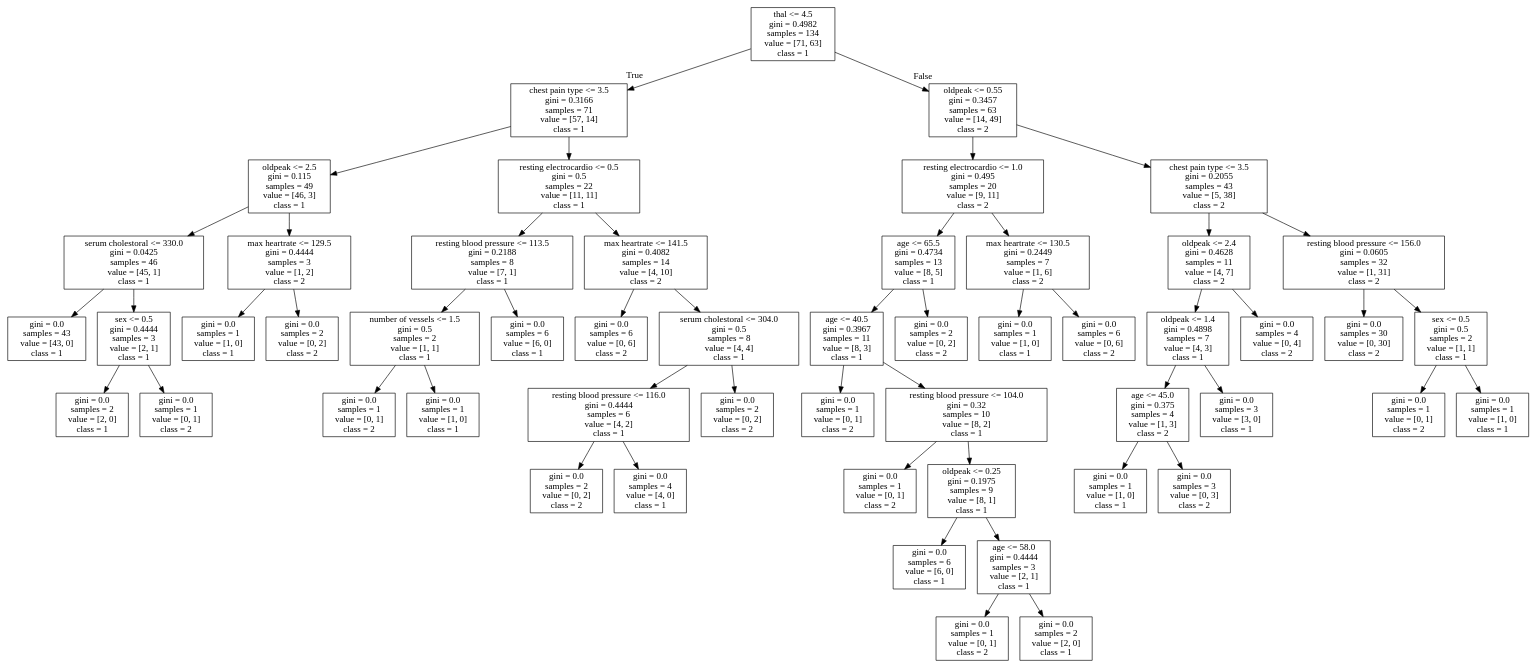
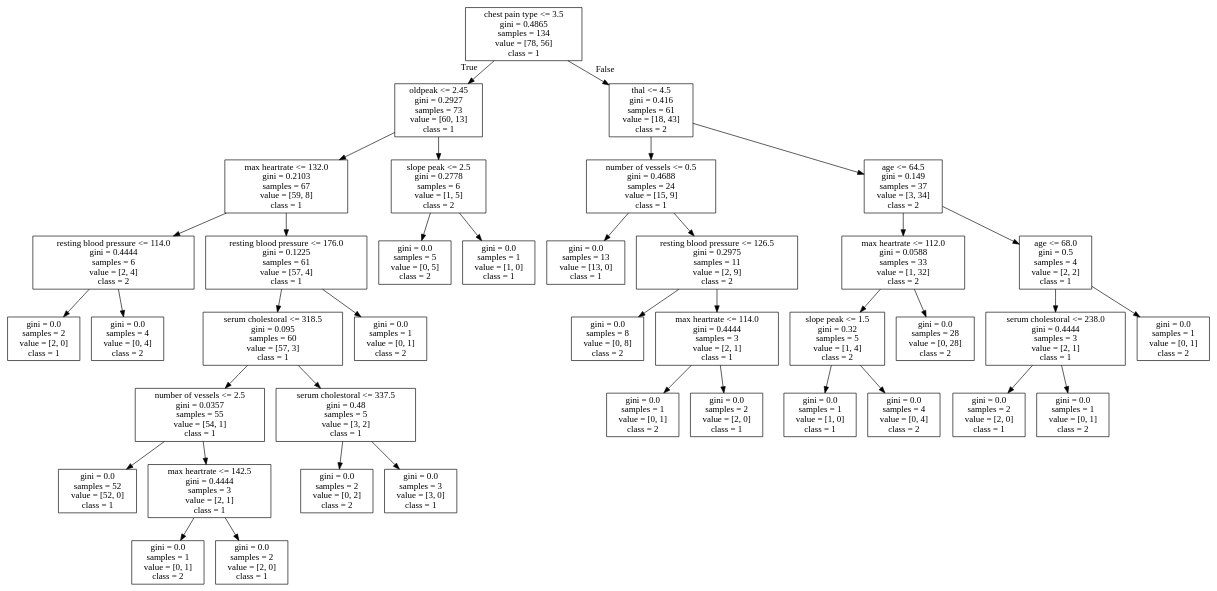
The diagram in constructors/tree0.dot (GillesVandewiele/HeadacheClassifier), drawn with Graphviz before and after one commit. The commit also changed 2 other files, not shown here.

```diff
--- a/constructors/tree0.dot
+++ b/constructors/tree0.dot
@@ -1,108 +1,80 @@
 digraph Tree {
 node [shape=box] ;
-0 [label="thal <= 4.5\ngini = 0.4982\nsamples = 134\nvalue = [71, 63]\nclass = 1"] ;
-1 [label="chest pain type <= 3.5\ngini = 0.3166\nsamples = 71\nvalue = [57, 14]\nclass = 1"] ;
+0 [label="chest pain type <= 3.5\ngini = 0.4865\nsamples = 134\nvalue = [78, 56]\nclass = 1"] ;
+1 [label="oldpeak <= 2.45\ngini = 0.2927\nsamples = 73\nvalue = [60, 13]\nclass = 1"] ;
 0 -> 1 [labeldistance=2.5, labelangle=45, headlabel="True"] ;
-2 [label="oldpeak <= 2.5\ngini = 0.115\nsamples = 49\nvalue = [46, 3]\nclass = 1"] ;
+2 [label="max heartrate <= 132.0\ngini = 0.2103\nsamples = 67\nvalue = [59, 8]\nclass = 1"] ;
 1 -> 2 ;
-3 [label="serum cholestoral <= 330.0\ngini = 0.0425\nsamples = 46\nvalue = [45, 1]\nclass = 1"] ;
+3 [label="resting blood pressure <= 114.0\ngini = 0.4444\nsamples = 6\nvalue = [2, 4]\nclass = 2"] ;
 2 -> 3 ;
-4 [label="gini = 0.0\nsamples = 43\nvalue = [43, 0]\nclass = 1"] ;
+4 [label="gini = 0.0\nsamples = 2\nvalue = [2, 0]\nclass = 1"] ;
 3 -> 4 ;
-5 [label="sex <= 0.5\ngini = 0.4444\nsamples = 3\nvalue = [2, 1]\nclass = 1"] ;
+5 [label="gini = 0.0\nsamples = 4\nvalue = [0, 4]\nclass = 2"] ;
 3 -> 5 ;
-6 [label="gini = 0.0\nsamples = 2\nvalue = [2, 0]\nclass = 1"] ;
-5 -> 6 ;
-7 [label="gini = 0.0\nsamples = 1\nvalue = [0, 1]\nclass = 2"] ;
-5 -> 7 ;
-8 [label="max heartrate <= 129.5\ngini = 0.4444\nsamples = 3\nvalue = [1, 2]\nclass = 2"] ;
-2 -> 8 ;
-9 [label="gini = 0.0\nsamples = 1\nvalue = [1, 0]\nclass = 1"] ;
+6 [label="resting blood pressure <= 176.0\ngini = 0.1225\nsamples = 61\nvalue = [57, 4]\nclass = 1"] ;
+2 -> 6 ;
+7 [label="serum cholestoral <= 318.5\ngini = 0.095\nsamples = 60\nvalue = [57, 3]\nclass = 1"] ;
+6 -> 7 ;
+8 [label="number of vessels <= 2.5\ngini = 0.0357\nsamples = 55\nvalue = [54, 1]\nclass = 1"] ;
+7 -> 8 ;
+9 [label="gini = 0.0\nsamples = 52\nvalue = [52, 0]\nclass = 1"] ;
 8 -> 9 ;
-10 [label="gini = 0.0\nsamples = 2\nvalue = [0, 2]\nclass = 2"] ;
+10 [label="max heartrate <= 142.5\ngini = 0.4444\nsamples = 3\nvalue = [2, 1]\nclass = 1"] ;
 8 -> 10 ;
-11 [label="resting electrocardio <= 0.5\ngini = 0.5\nsamples = 22\nvalue = [11, 11]\nclass = 1"] ;
-1 -> 11 ;
-12 [label="resting blood pressure <= 113.5\ngini = 0.2188\nsamples = 8\nvalue = [7, 1]\nclass = 1"] ;
-11 -> 12 ;
-13 [label="number of vessels <= 1.5\ngini = 0.5\nsamples = 2\nvalue = [1, 1]\nclass = 1"] ;
-12 -> 13 ;
-14 [label="gini = 0.0\nsamples = 1\nvalue = [0, 1]\nclass = 2"] ;
+11 [label="gini = 0.0\nsamples = 1\nvalue = [0, 1]\nclass = 2"] ;
+10 -> 11 ;
+12 [label="gini = 0.0\nsamples = 2\nvalue = [2, 0]\nclass = 1"] ;
+10 -> 12 ;
+13 [label="serum cholestoral <= 337.5\ngini = 0.48\nsamples = 5\nvalue = [3, 2]\nclass = 1"] ;
+7 -> 13 ;
+14 [label="gini = 0.0\nsamples = 2\nvalue = [0, 2]\nclass = 2"] ;
 13 -> 14 ;
-15 [label="gini = 0.0\nsamples = 1\nvalue = [1, 0]\nclass = 1"] ;
+15 [label="gini = 0.0\nsamples = 3\nvalue = [3, 0]\nclass = 1"] ;
 13 -> 15 ;
-16 [label="gini = 0.0\nsamples = 6\nvalue = [6, 0]\nclass = 1"] ;
-12 -> 16 ;
-17 [label="max heartrate <= 141.5\ngini = 0.4082\nsamples = 14\nvalue = [4, 10]\nclass = 2"] ;
-11 -> 17 ;
-18 [label="gini = 0.0\nsamples = 6\nvalue = [0, 6]\nclass = 2"] ;
+16 [label="gini = 0.0\nsamples = 1\nvalue = [0, 1]\nclass = 2"] ;
+6 -> 16 ;
+17 [label="slope peak <= 2.5\ngini = 0.2778\nsamples = 6\nvalue = [1, 5]\nclass = 2"] ;
+1 -> 17 ;
+18 [label="gini = 0.0\nsamples = 5\nvalue = [0, 5]\nclass = 2"] ;
 17 -> 18 ;
-19 [label="serum cholestoral <= 304.0\ngini = 0.5\nsamples = 8\nvalue = [4, 4]\nclass = 1"] ;
+19 [label="gini = 0.0\nsamples = 1\nvalue = [1, 0]\nclass = 1"] ;
 17 -> 19 ;
-20 [label="resting blood pressure <= 116.0\ngini = 0.4444\nsamples = 6\nvalue = [4, 2]\nclass = 1"] ;
-19 -> 20 ;
-21 [label="gini = 0.0\nsamples = 2\nvalue = [0, 2]\nclass = 2"] ;
+20 [label="thal <= 4.5\ngini = 0.416\nsamples = 61\nvalue = [18, 43]\nclass = 2"] ;
+0 -> 20 [labeldistance=2.5, labelangle=-45, headlabel="False"] ;
+21 [label="number of vessels <= 0.5\ngini = 0.4688\nsamples = 24\nvalue = [15, 9]\nclass = 1"] ;
 20 -> 21 ;
-22 [label="gini = 0.0\nsamples = 4\nvalue = [4, 0]\nclass = 1"] ;
-20 -> 22 ;
-23 [label="gini = 0.0\nsamples = 2\nvalue = [0, 2]\nclass = 2"] ;
-19 -> 23 ;
-24 [label="oldpeak <= 0.55\ngini = 0.3457\nsamples = 63\nvalue = [14, 49]\nclass = 2"] ;
-0 -> 24 [labeldistance=2.5, labelangle=-45, headlabel="False"] ;
-25 [label="resting electrocardio <= 1.0\ngini = 0.495\nsamples = 20\nvalue = [9, 11]\nclass = 2"] ;
-24 -> 25 ;
-26 [label="age <= 65.5\ngini = 0.4734\nsamples = 13\nvalue = [8, 5]\nclass = 1"] ;
+22 [label="gini = 0.0\nsamples = 13\nvalue = [13, 0]\nclass = 1"] ;
+21 -> 22 ;
+23 [label="resting blood pressure <= 126.5\ngini = 0.2975\nsamples = 11\nvalue = [2, 9]\nclass = 2"] ;
+21 -> 23 ;
+24 [label="gini = 0.0\nsamples = 8\nvalue = [0, 8]\nclass = 2"] ;
+23 -> 24 ;
+25 [label="max heartrate <= 114.0\ngini = 0.4444\nsamples = 3\nvalue = [2, 1]\nclass = 1"] ;
+23 -> 25 ;
+26 [label="gini = 0.0\nsamples = 1\nvalue = [0, 1]\nclass = 2"] ;
 25 -> 26 ;
-27 [label="age <= 40.5\ngini = 0.3967\nsamples = 11\nvalue = [8, 3]\nclass = 1"] ;
-26 -> 27 ;
-28 [label="gini = 0.0\nsamples = 1\nvalue = [0, 1]\nclass = 2"] ;
-27 -> 28 ;
-29 [label="resting blood pressure <= 104.0\ngini = 0.32\nsamples = 10\nvalue = [8, 2]\nclass = 1"] ;
-27 -> 29 ;
-30 [label="gini = 0.0\nsamples = 1\nvalue = [0, 1]\nclass = 2"] ;
+27 [label="gini = 0.0\nsamples = 2\nvalue = [2, 0]\nclass = 1"] ;
+25 -> 27 ;
+28 [label="age <= 64.5\ngini = 0.149\nsamples = 37\nvalue = [3, 34]\nclass = 2"] ;
+20 -> 28 ;
+29 [label="max heartrate <= 112.0\ngini = 0.0588\nsamples = 33\nvalue = [1, 32]\nclass = 2"] ;
+28 -> 29 ;
+30 [label="slope peak <= 1.5\ngini = 0.32\nsamples = 5\nvalue = [1, 4]\nclass = 2"] ;
 29 -> 30 ;
-31 [label="oldpeak <= 0.25\ngini = 0.1975\nsamples = 9\nvalue = [8, 1]\nclass = 1"] ;
-29 -> 31 ;
-32 [label="gini = 0.0\nsamples = 6\nvalue = [6, 0]\nclass = 1"] ;
-31 -> 32 ;
-33 [label="age <= 58.0\ngini = 0.4444\nsamples = 3\nvalue = [2, 1]\nclass = 1"] ;
-31 -> 33 ;
-34 [label="gini = 0.0\nsamples = 1\nvalue = [0, 1]\nclass = 2"] ;
-33 -> 34 ;
-35 [label="gini = 0.0\nsamples = 2\nvalue = [2, 0]\nclass = 1"] ;
-33 -> 35 ;
-36 [label="gini = 0.0\nsamples = 2\nvalue = [0, 2]\nclass = 2"] ;
-26 -> 36 ;
-37 [label="max heartrate <= 130.5\ngini = 0.2449\nsamples = 7\nvalue = [1, 6]\nclass = 2"] ;
-25 -> 37 ;
-38 [label="gini = 0.0\nsamples = 1\nvalue = [1, 0]\nclass = 1"] ;
-37 -> 38 ;
-39 [label="gini = 0.0\nsamples = 6\nvalue = [0, 6]\nclass = 2"] ;
-37 -> 39 ;
-40 [label="chest pain type <= 3.5\ngini = 0.2055\nsamples = 43\nvalue = [5, 38]\nclass = 2"] ;
-24 -> 40 ;
-41 [label="oldpeak <= 2.4\ngini = 0.4628\nsamples = 11\nvalue = [4, 7]\nclass = 2"] ;
-40 -> 41 ;
-42 [label="oldpeak <= 1.4\ngini = 0.4898\nsamples = 7\nvalue = [4, 3]\nclass = 1"] ;
-41 -> 42 ;
-43 [label="age <= 45.0\ngini = 0.375\nsamples = 4\nvalue = [1, 3]\nclass = 2"] ;
-42 -> 43 ;
-44 [label="gini = 0.0\nsamples = 1\nvalue = [1, 0]\nclass = 1"] ;
-43 -> 44 ;
-45 [label="gini = 0.0\nsamples = 3\nvalue = [0, 3]\nclass = 2"] ;
-43 -> 45 ;
-46 [label="gini = 0.0\nsamples = 3\nvalue = [3, 0]\nclass = 1"] ;
-42 -> 46 ;
-47 [label="gini = 0.0\nsamples = 4\nvalue = [0, 4]\nclass = 2"] ;
-41 -> 47 ;
-48 [label="resting blood pressure <= 156.0\ngini = 0.0605\nsamples = 32\nvalue = [1, 31]\nclass = 2"] ;
-40 -> 48 ;
-49 [label="gini = 0.0\nsamples = 30\nvalue = [0, 30]\nclass = 2"] ;
-48 -> 49 ;
-50 [label="sex <= 0.5\ngini = 0.5\nsamples = 2\nvalue = [1, 1]\nclass = 1"] ;
-48 -> 50 ;
-51 [label="gini = 0.0\nsamples = 1\nvalue = [0, 1]\nclass = 2"] ;
-50 -> 51 ;
-52 [label="gini = 0.0\nsamples = 1\nvalue = [1, 0]\nclass = 1"] ;
-50 -> 52 ;
+31 [label="gini = 0.0\nsamples = 1\nvalue = [1, 0]\nclass = 1"] ;
+30 -> 31 ;
+32 [label="gini = 0.0\nsamples = 4\nvalue = [0, 4]\nclass = 2"] ;
+30 -> 32 ;
+33 [label="gini = 0.0\nsamples = 28\nvalue = [0, 28]\nclass = 2"] ;
+29 -> 33 ;
+34 [label="age <= 68.0\ngini = 0.5\nsamples = 4\nvalue = [2, 2]\nclass = 1"] ;
+28 -> 34 ;
+35 [label="serum cholestoral <= 238.0\ngini = 0.4444\nsamples = 3\nvalue = [2, 1]\nclass = 1"] ;
+34 -> 35 ;
+36 [label="gini = 0.0\nsamples = 2\nvalue = [2, 0]\nclass = 1"] ;
+35 -> 36 ;
+37 [label="gini = 0.0\nsamples = 1\nvalue = [0, 1]\nclass = 2"] ;
+35 -> 37 ;
+38 [label="gini = 0.0\nsamples = 1\nvalue = [0, 1]\nclass = 2"] ;
+34 -> 38 ;
 }
```
